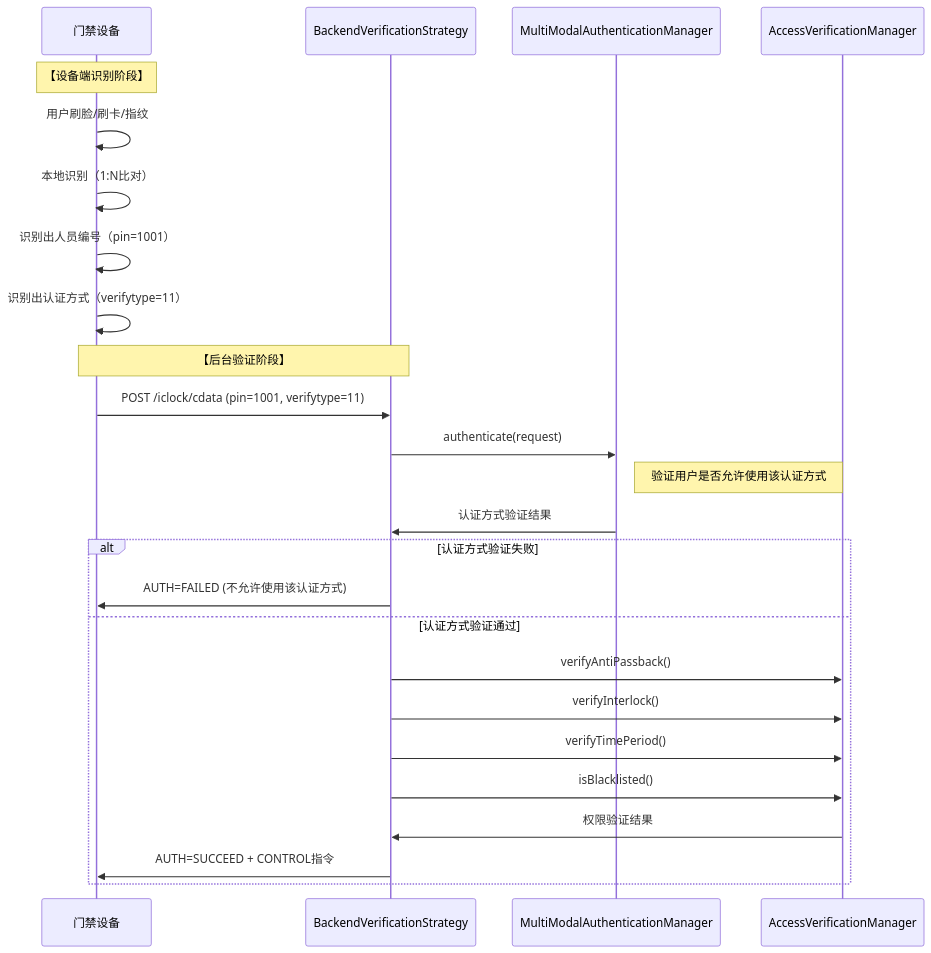
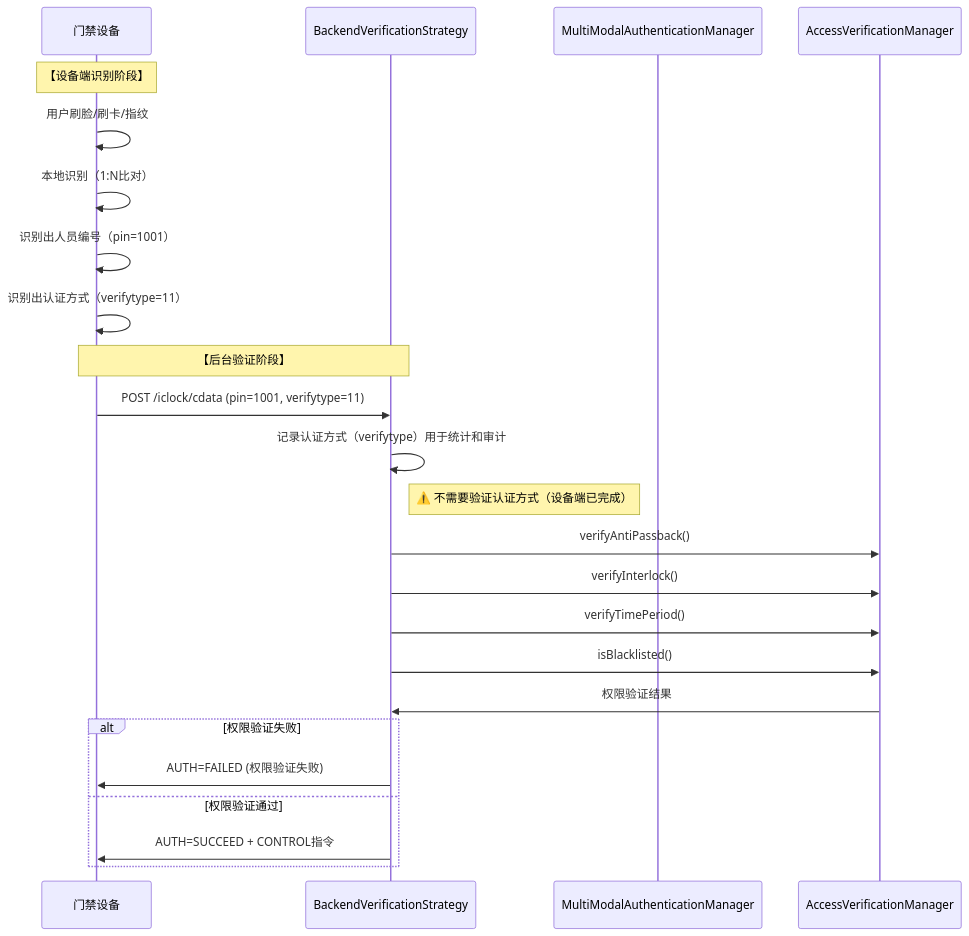
The diagram in documentation/technical/MULTI_MODAL_AUTHENTICATION_INTEGRATION_COMPLETE.md (wilson323/IOE-DREAMfornew), drawn with Mermaid before and after one commit. The commit also changed other lines of this file and 20 other files, not shown here.

````diff
--- a/documentation/technical/MULTI_MODAL_AUTHENTICATION_INTEGRATION_COMPLETE.md
+++ b/documentation/technical/MULTI_MODAL_AUTHENTICATION_INTEGRATION_COMPLETE.md
@@ -173,30 +170,29 @@
 ```mermaid
 sequenceDiagram
     participant Device as 门禁设备
     participant BackendStrategy as BackendVerificationStrategy
     participant MultiModal as MultiModalAuthenticationManager
     participant AccessManager as AccessVerificationManager
 
     Note over Device: 【设备端识别阶段】
     Device->>Device: 用户刷脸/刷卡/指纹
     Device->>Device: 本地识别（1:N比对）
     Device->>Device: 识别出人员编号（pin=1001）
     Device->>Device: 识别出认证方式（verifytype=11）
 
     Note over Device,BackendStrategy: 【后台验证阶段】
     Device->>BackendStrategy: POST /iclock/cdata (pin=1001, verifytype=11)
-    BackendStrategy->>MultiModal: authenticate(request)
-    Note right of MultiModal: 验证用户是否允许使用该认证方式
-    MultiModal->>BackendStrategy: 认证方式验证结果
+    BackendStrategy->>BackendStrategy: 记录认证方式（verifytype）用于统计和审计
+    Note right of BackendStrategy: ⚠️ 不需要验证认证方式（设备端已完成）
+    BackendStrategy->>AccessManager: verifyAntiPassback()
+    BackendStrategy->>AccessManager: verifyInterlock()
+    BackendStrategy->>AccessManager: verifyTimePeriod()
+    BackendStrategy->>AccessManager: isBlacklisted()
+    AccessManager->>BackendStrategy: 权限验证结果
     
-    alt 认证方式验证失败
-        BackendStrategy->>Device: AUTH=FAILED (不允许使用该认证方式)
-    else 认证方式验证通过
-        BackendStrategy->>AccessManager: verifyAntiPassback()
-        BackendStrategy->>AccessManager: verifyInterlock()
-        BackendStrategy->>AccessManager: verifyTimePeriod()
-        BackendStrategy->>AccessManager: isBlacklisted()
-        AccessManager->>BackendStrategy: 权限验证结果
+    alt 权限验证失败
+        BackendStrategy->>Device: AUTH=FAILED (权限验证失败)
+    else 权限验证通过
         BackendStrategy->>Device: AUTH=SUCCEED + CONTROL指令
     end
 ```
````
